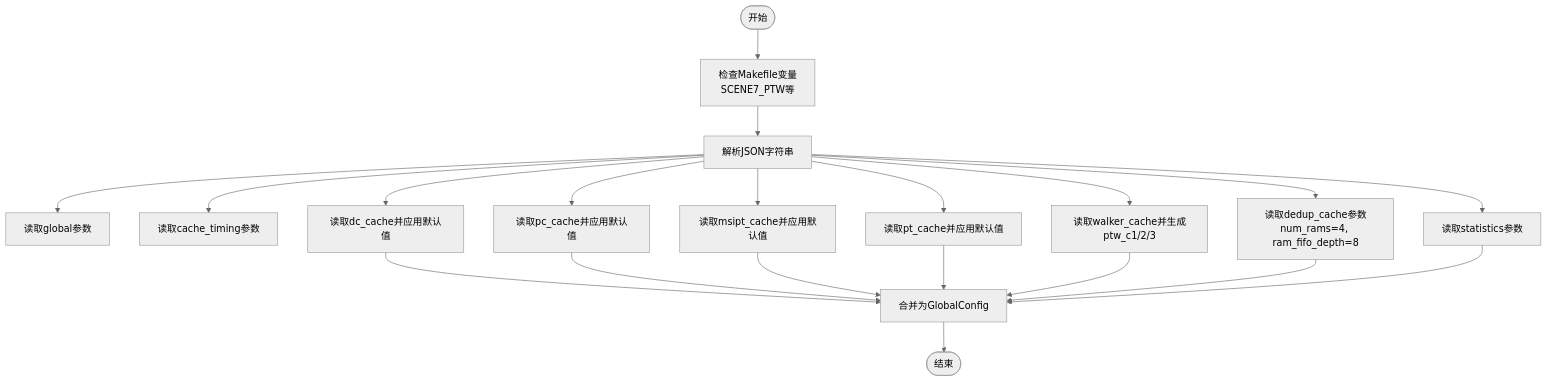
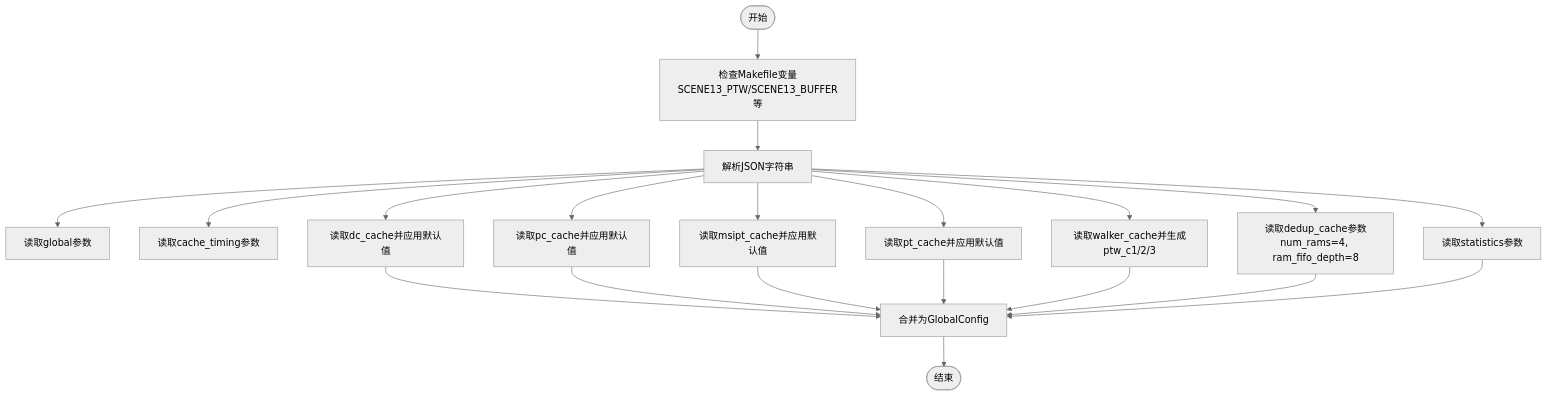
One commit to jiangjiang1122/iommu_model_20260401_v1 changed the third of 4 diagrams in .qoder/repowiki/zh/content/配置与参数/配置与参数.md. Above: the diagram before and after it, drawn with Mermaid (neutral theme). The commit also changed other lines of this file and 159 other files, not shown here.

Commit message:
chore: 更新知识库文档 + 新增PTW并发分析图表与数据文件

````diff
--- a/.qoder/repowiki/zh/content/配置与参数/配置与参数.md
+++ b/.qoder/repowiki/zh/content/配置与参数/配置与参数.md
@@ -215,22 +263,22 @@
 ```mermaid
 flowchart TD
-Start(["开始"]) --> MakeVar["检查Makefile变量<br/>SCENE7_PTW等"]
+Start(["开始"]) --> MakeVar["检查Makefile变量<br/>SCENE13_PTW/SCENE13_BUFFER等"]
 MakeVar --> Parse["解析JSON字符串"]
 Parse --> Global["读取global参数"]
 Parse --> Timing["读取cache_timing参数"]
 Parse --> DC["读取dc_cache并应用默认值"]
 Parse --> PC["读取pc_cache并应用默认值"]
 Parse --> MSIPT["读取msipt_cache并应用默认值"]
 Parse --> PT["读取pt_cache并应用默认值"]
 Parse --> WC["读取walker_cache并生成ptw_c1/2/3"]
 Parse --> Dedup["读取dedup_cache参数<br/>num_rams=4, ram_fifo_depth=8"]
 Parse --> Stat["读取statistics参数"]
 DC --> Merge["合并为GlobalConfig"]
 PC --> Merge
 MSIPT --> Merge
 PT --> Merge
 WC --> Merge
 Dedup --> Merge
 Stat --> Merge
 Merge --> End(["结束"])
 ```
````
